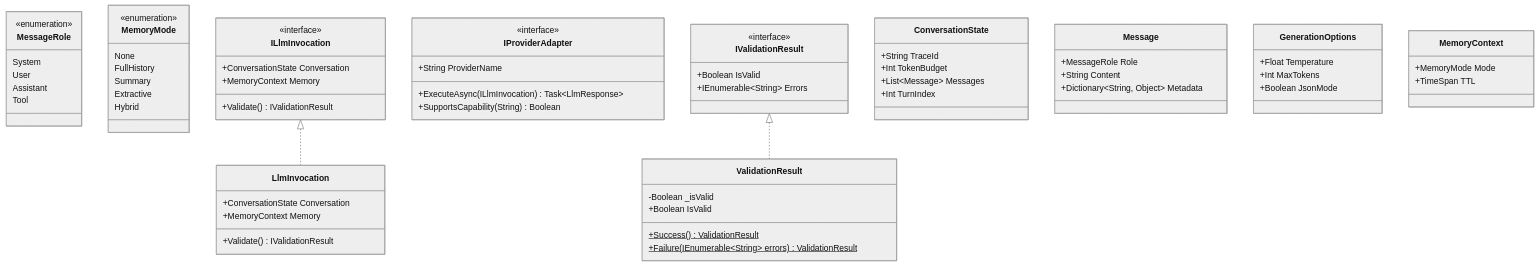
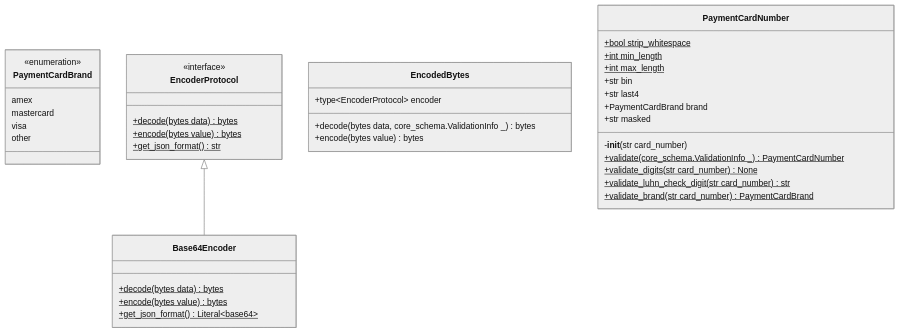
The diagram in bench/formats/slice.mmd (Nicchi10/Veltro), drawn with Mermaid (neutral theme) before and after one commit. The commit also changed 14 other files, not shown here.

```diff
--- a/bench/formats/slice.mmd
+++ b/bench/formats/slice.mmd
@@ -1,66 +1,39 @@
 classDiagram
-  class MessageRole {
+  class PaymentCardBrand {
     <<enumeration>>
-    System
-    User
-    Assistant
-    Tool
+    amex
+    mastercard
+    visa
+    other
   }
-  class MemoryMode {
-    <<enumeration>>
-    None
-    FullHistory
-    Summary
-    Extractive
-    Hybrid
+  class EncoderProtocol {
+    <<interface>>
+    +decode(bytes data) bytes$
+    +encode(bytes value) bytes$
+    +get_json_format() str$
   }
-  class ILlmInvocation {
-    <<interface>>
-    +ConversationState Conversation
-    +MemoryContext Memory
-    +Validate() IValidationResult
+  class Base64Encoder {
+    +decode(bytes data) bytes$
+    +encode(bytes value) bytes$
+    +get_json_format() Literal~base64~$
   }
-  class IProviderAdapter {
-    <<interface>>
-    +String ProviderName
-    +ExecuteAsync(ILlmInvocation) Task~LlmResponse~
-    +SupportsCapability(String) Boolean
+  class EncodedBytes {
+    +type~EncoderProtocol~ encoder
+    +decode(bytes data, core_schema.ValidationInfo _) bytes
+    +encode(bytes value) bytes
   }
-  class IValidationResult {
-    <<interface>>
-    +Boolean IsValid
-    +IEnumerable~String~ Errors
+  class PaymentCardNumber {
+    +bool strip_whitespace$
+    +int min_length$
+    +int max_length$
+    +str bin
+    +str last4
+    +PaymentCardBrand brand
+    +str masked
+    -__init__(str card_number)
+    +validate(core_schema.ValidationInfo _) PaymentCardNumber$
+    +validate_digits(str card_number) None$
+    +validate_luhn_check_digit(str card_number) str$
+    +validate_brand(str card_number) PaymentCardBrand$
   }
-  class LlmInvocation {
-    +ConversationState Conversation
-    +MemoryContext Memory
-    +Validate() IValidationResult
-  }
-  class ConversationState {
-    +String TraceId
-    +Int TokenBudget
-    +List~Message~ Messages
-    +Int TurnIndex
-  }
-  class Message {
-    +MessageRole Role
-    +String Content
-    +Dictionary~String, Object~ Metadata
-  }
-  class GenerationOptions {
-    +Float Temperature
-    +Int MaxTokens
-    +Boolean JsonMode
-  }
-  class MemoryContext {
-    +MemoryMode Mode
-    +TimeSpan TTL
-  }
-  class ValidationResult {
-    -Boolean _isValid
-    +Boolean IsValid
-    +Success() ValidationResult$
-    +Failure(IEnumerable~String~ errors) ValidationResult$
-  }
-  ILlmInvocation <|.. LlmInvocation
-  IValidationResult <|.. ValidationResult
+  EncoderProtocol <|-- Base64Encoder
```
